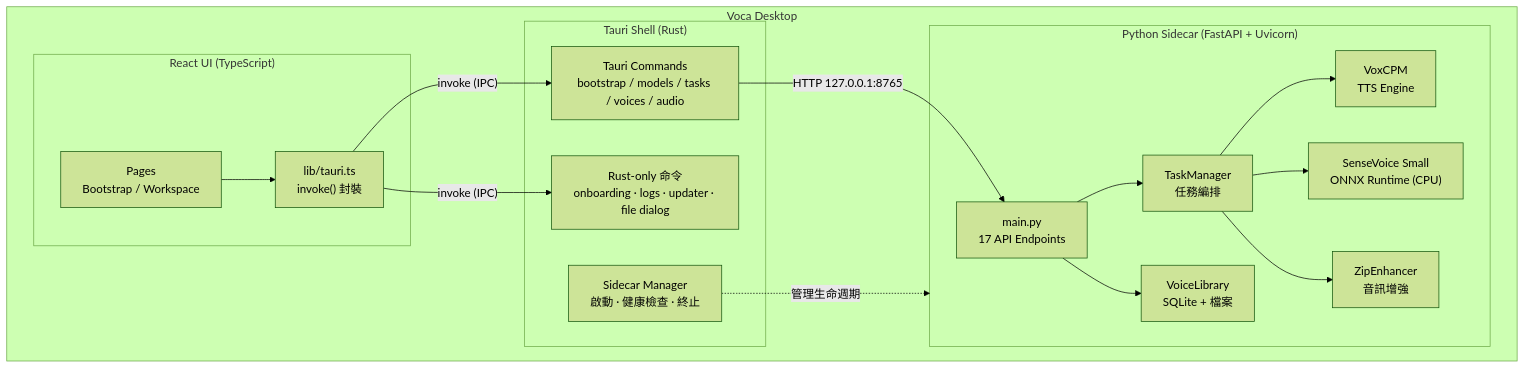
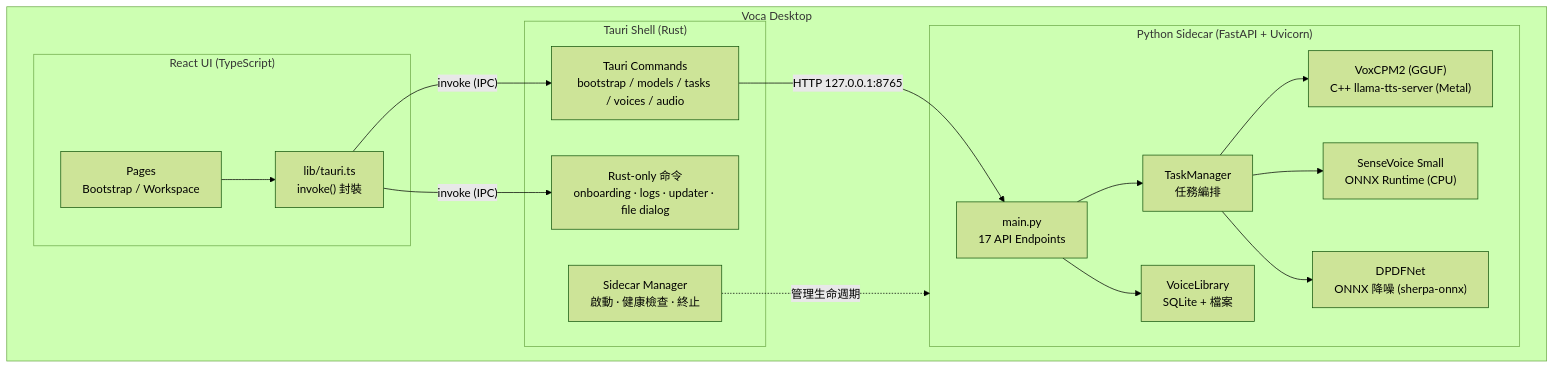
The first of 7 diagrams in docs/zh-TW/architecture.md (ZMXJJ/Voca), drawn with Mermaid (forest theme) before and after one commit. The commit also changed other lines of this file and 11 other files, not shown here.

First line of the commit message:
fix(sidecar): stop leaking llama-tts-server after the app quits

````diff
--- a/docs/zh-TW/architecture.md
+++ b/docs/zh-TW/architecture.md
@@ -7,35 +7,35 @@
 ```mermaid
 graph TB
     subgraph Desktop["Voca Desktop"]
         subgraph Frontend["React UI (TypeScript)"]
             Pages["Pages<br/>Bootstrap / Workspace"]
             TauriTS["lib/tauri.ts<br/>invoke() 封裝"]
         end
 
         subgraph Rust["Tauri Shell (Rust)"]
             Commands["Tauri Commands<br/>bootstrap / models / tasks / voices / audio"]
             Sidecar["Sidecar Manager<br/>啟動 · 健康檢查 · 終止"]
             RustOnly["Rust-only 命令<br/>onboarding · logs · updater · file dialog"]
         end
 
         subgraph Python["Python Sidecar (FastAPI + Uvicorn)"]
             Routes["main.py<br/>17 API Endpoints"]
             TaskMgr["TaskManager<br/>任務編排"]
-            VoxCPM["VoxCPM<br/>TTS Engine"]
+            VoxCPM["VoxCPM2 (GGUF)<br/>C++ llama-tts-server (Metal)"]
             ASR["SenseVoice Small<br/>ONNX Runtime (CPU)"]
-            Enhancer["ZipEnhancer<br/>音訊增強"]
+            Enhancer["DPDFNet<br/>ONNX 降噪 (sherpa-onnx)"]
             VoiceLib["VoiceLibrary<br/>SQLite + 檔案"]
         end
     end
 
     Pages --> TauriTS
     TauriTS -- "invoke (IPC)" --> Commands
     TauriTS -- "invoke (IPC)" --> RustOnly
     Commands -- "HTTP 127.0.0.1:8765" --> Routes
     Sidecar -. "管理生命週期" .-> Python
     Routes --> TaskMgr
     Routes --> VoiceLib
     TaskMgr --> VoxCPM
     TaskMgr --> ASR
     TaskMgr --> Enhancer
 ```
````
